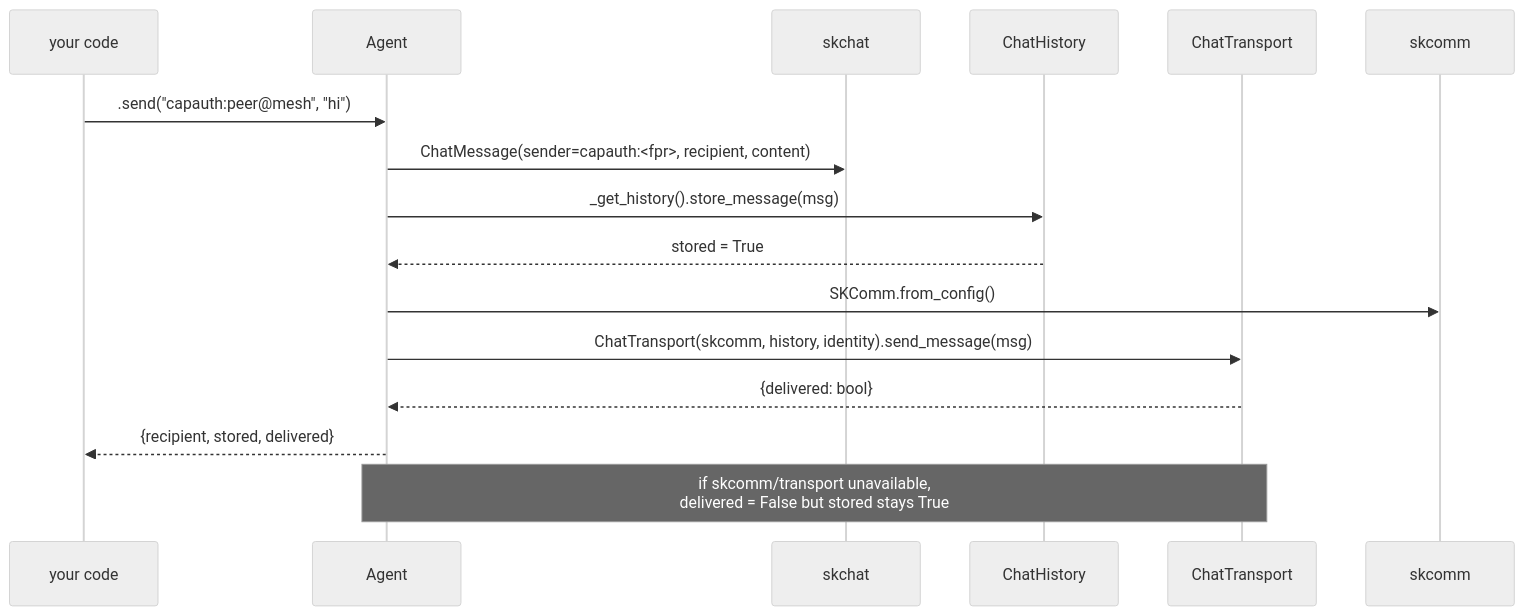
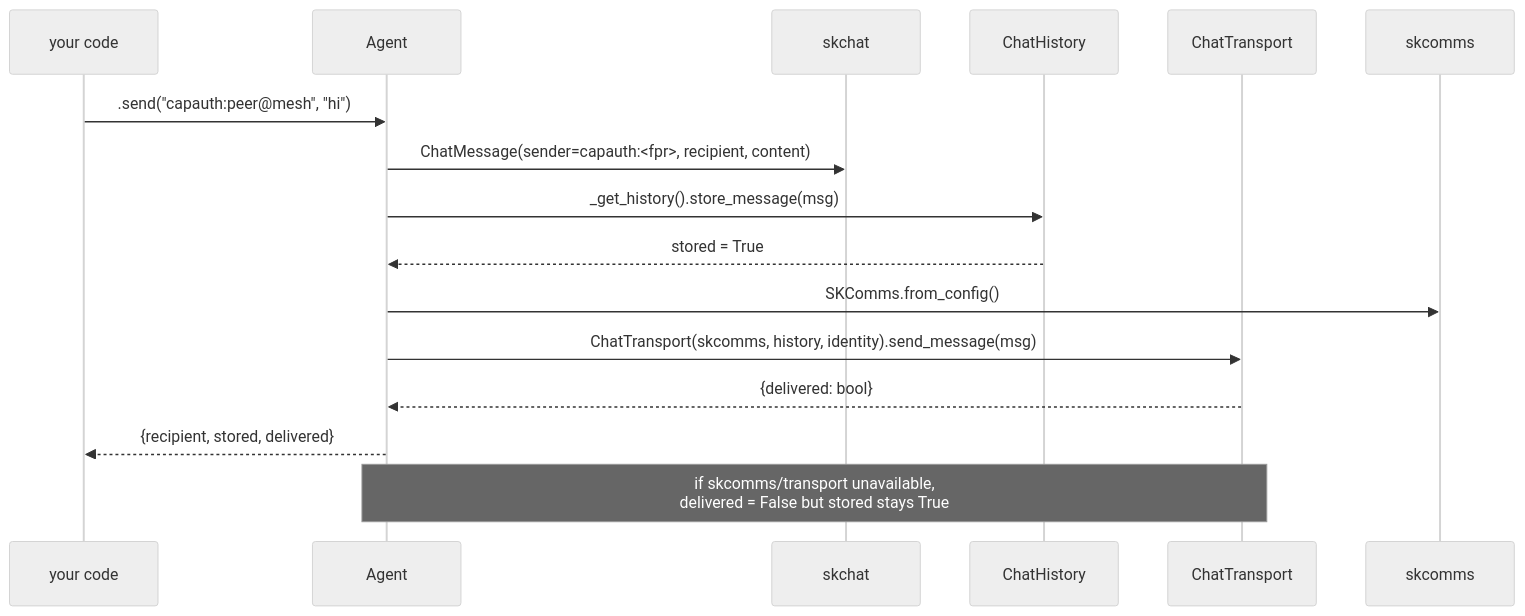
One commit to smilinTux/sksovereign-agent changed the fourth of 5 diagrams in docs/ARCHITECTURE.md. Above: the diagram before and after it, drawn with Mermaid (neutral theme). The commit also changed other lines of this file and 3 other files, not shown here.

Commit message:
refactor: skcomm→skcomms references

````diff
--- a/docs/ARCHITECTURE.md
+++ b/docs/ARCHITECTURE.md
@@ -115,19 +115,19 @@
 ```mermaid
 sequenceDiagram
     participant U as your code
     participant A as Agent
     participant SC as skchat
     participant H as ChatHistory
     participant T as ChatTransport
-    participant CM as skcomm
+    participant CM as skcomms
 
     U->>A: .send("capauth:peer@mesh", "hi")
     A->>SC: ChatMessage(sender=capauth:<fpr>, recipient, content)
     A->>H: _get_history().store_message(msg)
     H-->>A: stored = True
-    A->>CM: SKComm.from_config()
-    A->>T: ChatTransport(skcomm, history, identity).send_message(msg)
+    A->>CM: SKComms.from_config()
+    A->>T: ChatTransport(skcomms, history, identity).send_message(msg)
     T-->>A: {delivered: bool}
     A-->>U: {recipient, stored, delivered}
-    Note over A,T: if skcomm/transport unavailable,<br/>delivered = False but stored stays True
+    Note over A,T: if skcomms/transport unavailable,<br/>delivered = False but stored stays True
 ```
````
